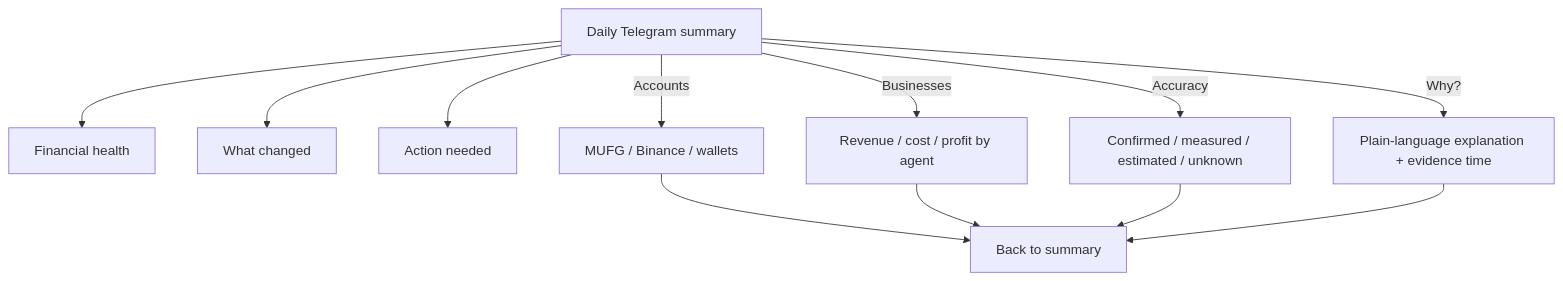
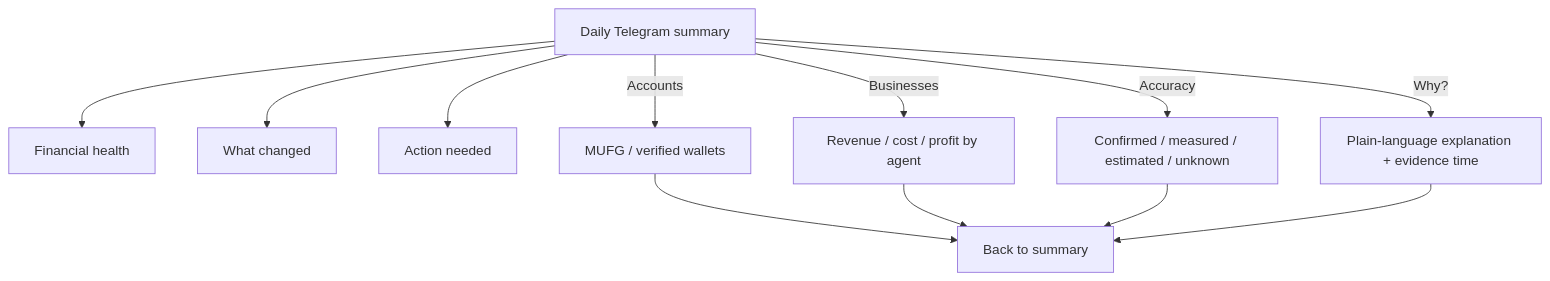
One commit to Daisuke134/anicca changed the fifth of 7 diagrams in docs/superpowers/specs/2026-08-06-life-manager-cfo-design.md. Above: the diagram before and after it, drawn with Mermaid. The commit also changed other lines of this file and 1 other file, not shown here.

````diff
--- a/docs/superpowers/specs/2026-08-06-life-manager-cfo-design.md
+++ b/docs/superpowers/specs/2026-08-06-life-manager-cfo-design.md
@@ -322,16 +320,16 @@
 ```mermaid
 flowchart TD
     TG[Daily Telegram summary] --> H[Financial health]
     TG --> C[What changed]
     TG --> A[Action needed]
 
-    TG -->|Accounts| AC[MUFG / Binance / wallets]
+    TG -->|Accounts| AC[MUFG / verified wallets]
     TG -->|Businesses| BU[Revenue / cost / profit by agent]
     TG -->|Accuracy| EV[Confirmed / measured / estimated / unknown]
     TG -->|Why?| WH[Plain-language explanation + evidence time]
 
     AC --> BACK[Back to summary]
     BU --> BACK
     EV --> BACK
     WH --> BACK
 ```
````
